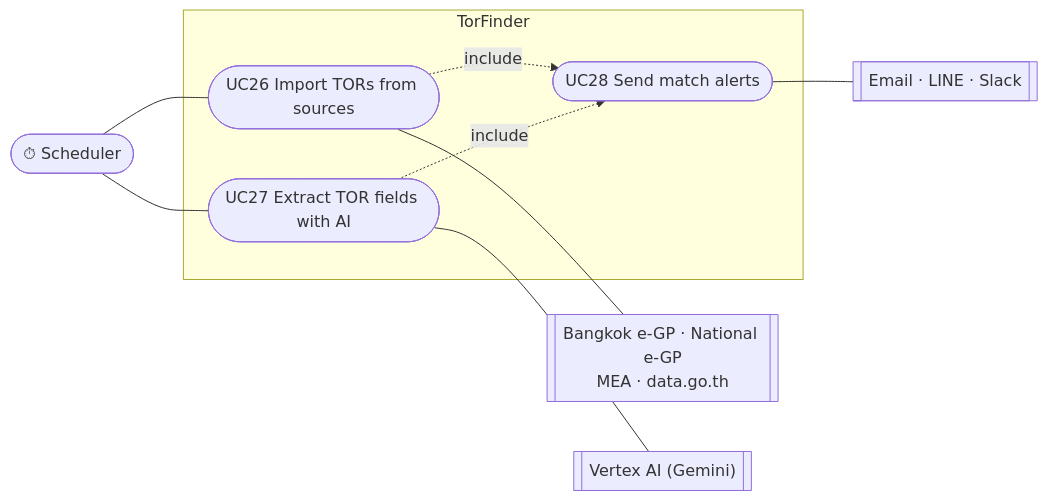
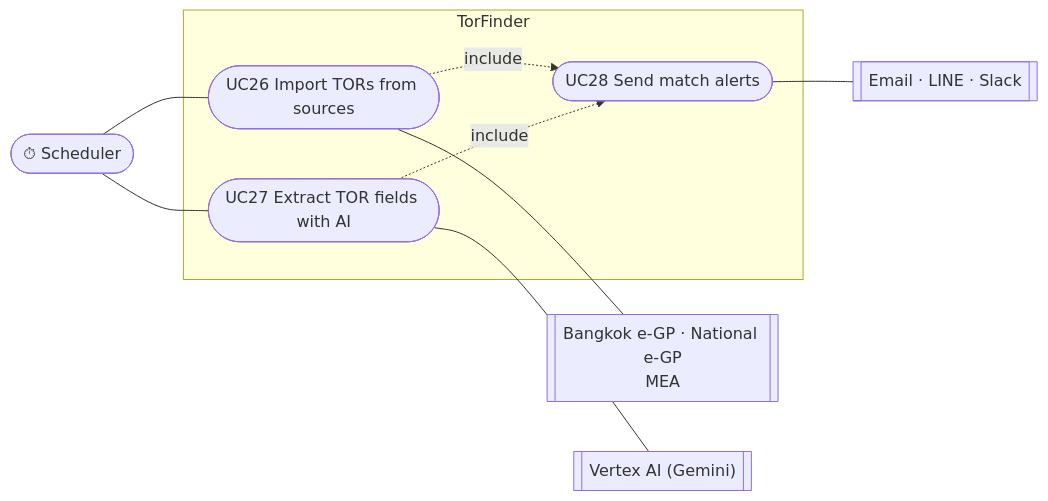
One commit to PhomMaiWai/TorFinder changed the fourth of 4 diagrams in docs/design/use-case.md. Above: the diagram before and after it, drawn with Mermaid. The commit also changed other lines of this file and 40 other files, not shown here.

````diff
--- a/docs/design/use-case.md
+++ b/docs/design/use-case.md
@@ -103,20 +103,20 @@
 ```mermaid
 flowchart LR
     Scheduler(["⏱ Scheduler"])
-    Sources[["Bangkok e-GP · National e-GP<br/>MEA · data.go.th"]]
+    Sources[["Bangkok e-GP · National e-GP<br/>MEA"]]
     Vertex[["Vertex AI (Gemini)"]]
     Channels[["Email · LINE · Slack"]]
 
     subgraph TorFinder["TorFinder"]
         UC26(["UC26 Import TORs from sources"])
         UC27(["UC27 Extract TOR fields with AI"])
         UC28(["UC28 Send match alerts"])
     end
 
     Scheduler --- UC26 & UC27
     UC26 -. include .-> UC28
     UC27 -. include .-> UC28
     UC26 --- Sources
     UC27 --- Vertex
     UC28 --- Channels
 ```
````
